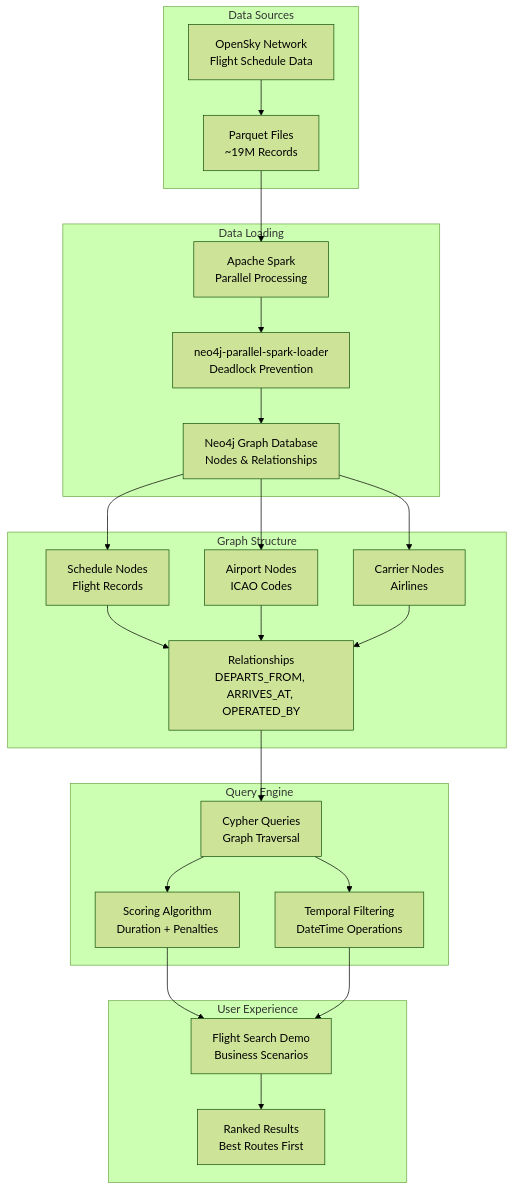
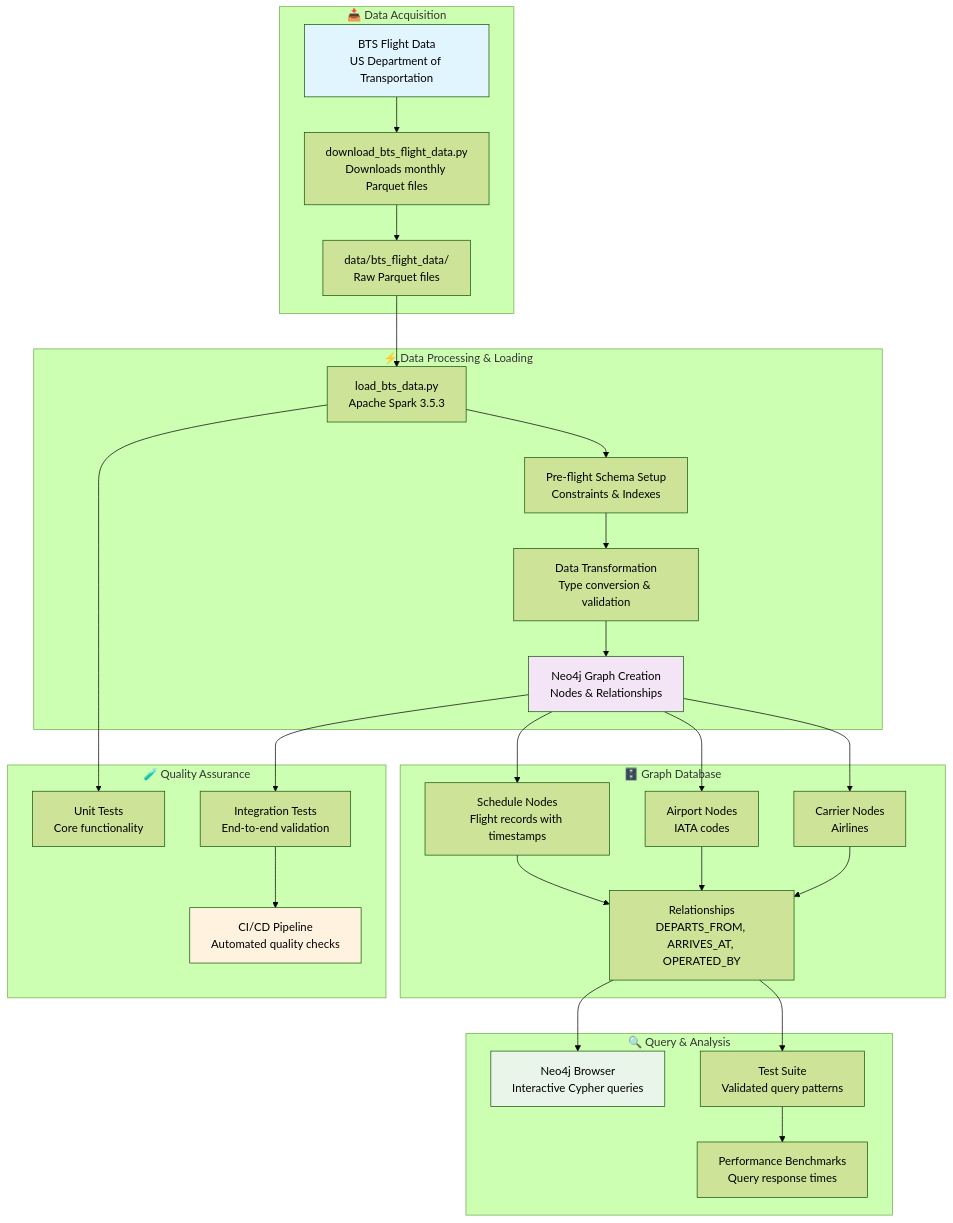
Before and after one commit to alexwoolford/flight-schedule: the diagram in README.md, drawn with Mermaid (forest theme). The commit also changed other lines of this file and 34 other files, not shown here.

````diff
--- a/README.md
+++ b/README.md
@@ -244,48 +275,58 @@
 ```mermaid
 graph TB
-    subgraph "Data Sources"
-        A[OpenSky Network<br/>Flight Schedule Data]
-        B[Parquet Files<br/>~19M Records]
+    subgraph "📥 Data Acquisition"
+        A[BTS Flight Data<br/>US Department of Transportation]
+        B[download_bts_flight_data.py<br/>Downloads monthly Parquet files]
+        C[data/bts_flight_data/<br/>Raw Parquet files]
     end
-    
-    subgraph "Data Loading"
-        C[Apache Spark<br/>Parallel Processing]
-        D[neo4j-parallel-spark-loader<br/>Deadlock Prevention]
-        E[Neo4j Graph Database<br/>Nodes & Relationships]
+
+    subgraph "⚡ Data Processing & Loading"
+        D[load_bts_data.py<br/>Apache Spark 3.5.3]
+        E[Pre-flight Schema Setup<br/>Constraints & Indexes]
+        F[Data Transformation<br/>Type conversion & validation]
+        G[Neo4j Graph Creation<br/>Nodes & Relationships]
     end
-    
-    subgraph "Graph Structure"
-        F[Schedule Nodes<br/>Flight Records]
-        G[Airport Nodes<br/>ICAO Codes]
-        H[Carrier Nodes<br/>Airlines]
-        I[Relationships<br/>DEPARTS_FROM, ARRIVES_AT, OPERATED_BY]
+
+    subgraph "🗄️ Graph Database"
+        H[Schedule Nodes<br/>Flight records with timestamps]
+        I[Airport Nodes<br/>IATA codes]
+        J[Carrier Nodes<br/>Airlines]
+        K[Relationships<br/>DEPARTS_FROM, ARRIVES_AT, OPERATED_BY]
     end
-    
-    subgraph "Query Engine"
-        J[Cypher Queries<br/>Graph Traversal]
-        K[Scoring Algorithm<br/>Duration + Penalties]
-        L[Temporal Filtering<br/>DateTime Operations]
+
+    subgraph "🔍 Query & Analysis"
+        L[Neo4j Browser<br/>Interactive Cypher queries]
+        M[Test Suite<br/>Validated query patterns]
+        N[Performance Benchmarks<br/>Query response times]
     end
-    
-    subgraph "User Experience"
-        M[Flight Search Demo<br/>Business Scenarios]
-        N[Ranked Results<br/>Best Routes First]
+
+    subgraph "🧪 Quality Assurance"
+        O[Unit Tests<br/>Core functionality]
+        P[Integration Tests<br/>End-to-end validation]
+        Q[CI/CD Pipeline<br/>Automated quality checks]
     end
-    
+
     A --> B
     B --> C
     C --> D
     D --> E
     E --> F
-    E --> G
-    E --> H
-    F --> I
+    F --> G
+    G --> H
     G --> I
-    H --> I
-    I --> J
+    G --> J
+    H --> K
+    I --> K
     J --> K
-    J --> L
+    K --> L
     K --> M
-    L --> M
     M --> N
+    D --> O
+    G --> P
+    P --> Q
+
+    style A fill:#e1f5fe
+    style G fill:#f3e5f5
+    style L fill:#e8f5e8
+    style Q fill:#fff3e0
 ```
````
